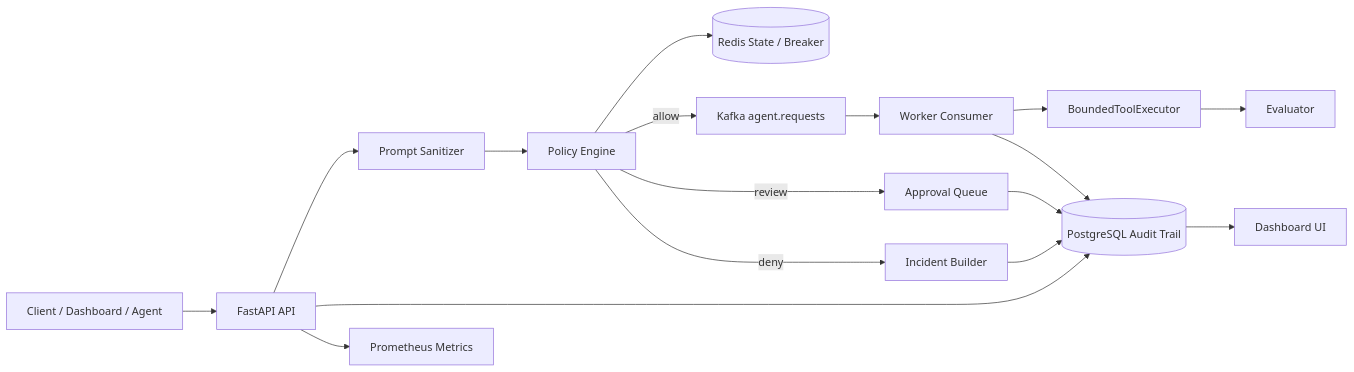
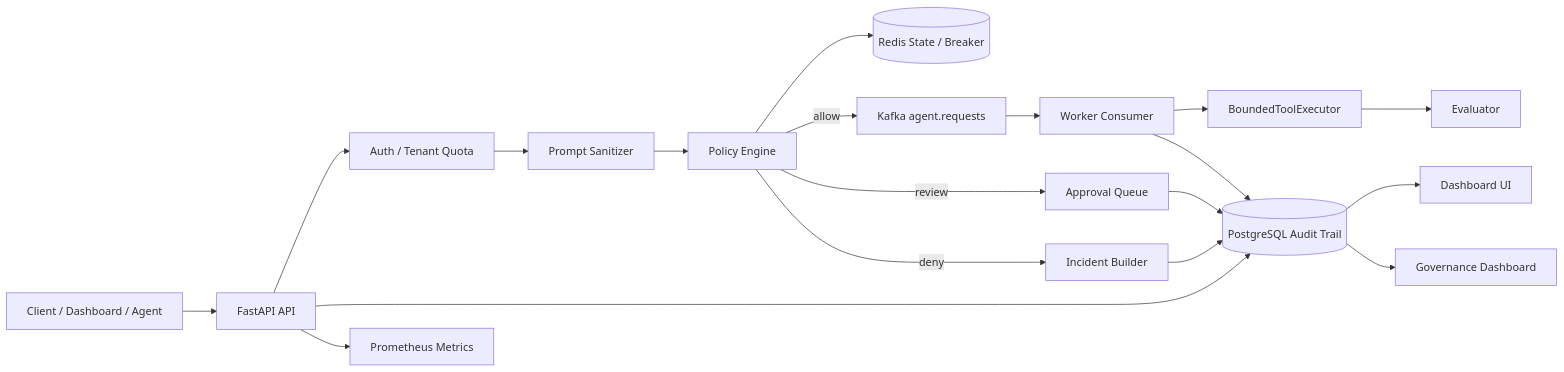
One commit to leo459028/RewardHacking changed the first of 2 diagrams in docs/architecture.md. Above: the diagram before and after it, drawn with Mermaid. The commit also changed other lines of this file and 38 other files, not shown here.

````diff
--- a/docs/architecture.md
+++ b/docs/architecture.md
@@ -9,19 +9,21 @@
 ```mermaid
 flowchart LR
   C["Client / Dashboard / Agent"] --> A["FastAPI API"]
-  A --> S["Prompt Sanitizer"]
+  A --> G["Auth / Tenant Quota"]
+  G --> S["Prompt Sanitizer"]
   S --> P["Policy Engine"]
   P --> R[("Redis State / Breaker")]
   P -->|allow| K["Kafka agent.requests"]
   P -->|review| Q["Approval Queue"]
   P -->|deny| I["Incident Builder"]
   K --> W["Worker Consumer"]
   W --> X["BoundedToolExecutor"]
   X --> E["Evaluator"]
   A --> DB[("PostgreSQL Audit Trail")]
   W --> DB
   Q --> DB
   I --> DB
   DB --> UI["Dashboard UI"]
+  DB --> GD["Governance Dashboard"]
   A --> M["Prometheus Metrics"]
 ```
````
